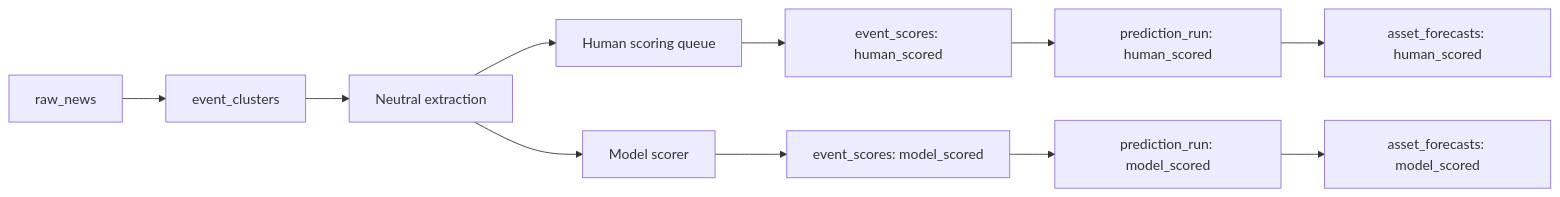
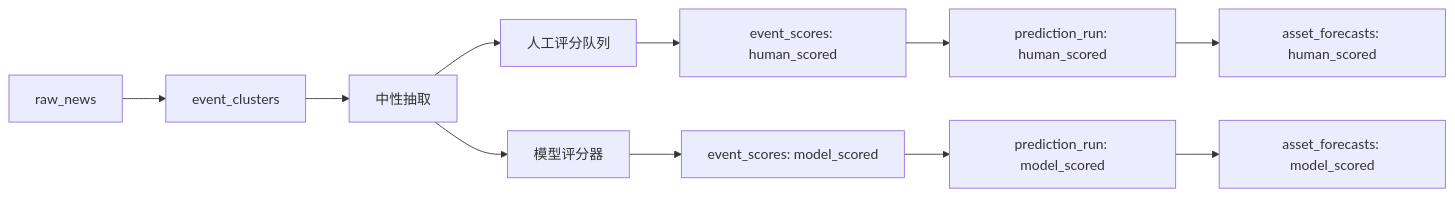
One commit to chachabu/asset-worldline-agent changed the fourth of 4 diagrams in docs/architecture.md. Above: the diagram before and after it, drawn with Mermaid. The commit also changed other lines of this file and 5 other files, not shown here.

````diff
--- a/docs/architecture.md
+++ b/docs/architecture.md
@@ -155,16 +155,16 @@
 ```mermaid
 flowchart LR
     Raw[raw_news] --> Clusters[event_clusters]
-    Clusters --> Neutral[Neutral extraction]
+    Clusters --> Neutral[中性抽取]
 
-    Neutral --> HumanQueue[Human scoring queue]
+    Neutral --> HumanQueue[人工评分队列]
     HumanQueue --> HumanScores[event_scores: human_scored]
     HumanScores --> HumanRun[prediction_run: human_scored]
 
-    Neutral --> ModelScorer[Model scorer]
+    Neutral --> ModelScorer[模型评分器]
     ModelScorer --> ModelScores[event_scores: model_scored]
     ModelScores --> ModelRun[prediction_run: model_scored]
 
     HumanRun --> HumanForecasts[asset_forecasts: human_scored]
     ModelRun --> ModelForecasts[asset_forecasts: model_scored]
 ```
````
